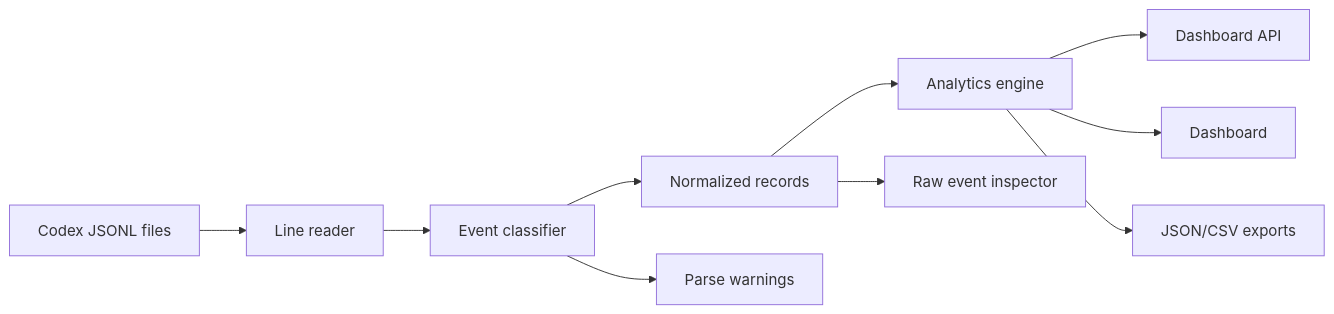
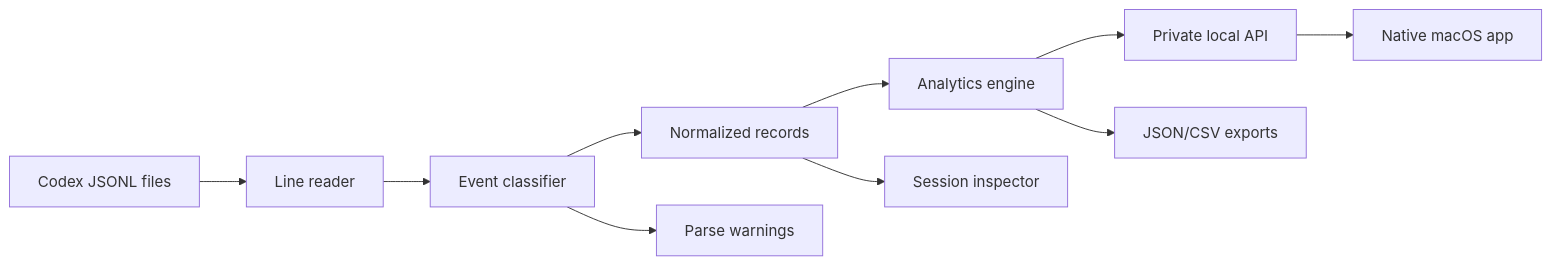
Before and after one commit to crispierry/codex-log-viewer: the diagram in docs/architecture.md, drawn with Mermaid. The commit also changed other lines of this file and 53 other files, not shown here.

First line of the commit message:
Make Codex Log Viewer native macOS only

````diff
--- a/docs/architecture.md
+++ b/docs/architecture.md
@@ -28,12 +27,12 @@
 ```mermaid
 flowchart LR
   A["Codex JSONL files"] --> B["Line reader"]
   B --> C["Event classifier"]
   C --> D["Normalized records"]
   C --> E["Parse warnings"]
   D --> F["Analytics engine"]
-  F --> G["Dashboard API"]
-  F --> H["Dashboard"]
+  F --> G["Private local API"]
+  G --> H["Native macOS app"]
   F --> I["JSON/CSV exports"]
-  D --> J["Raw event inspector"]
+  D --> J["Session inspector"]
 ```
````
